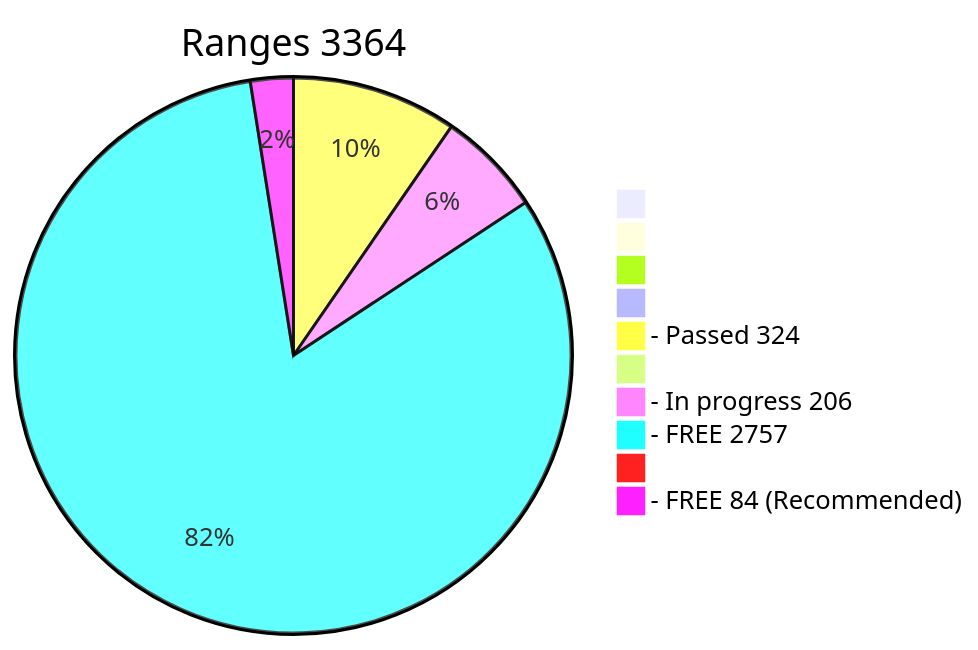
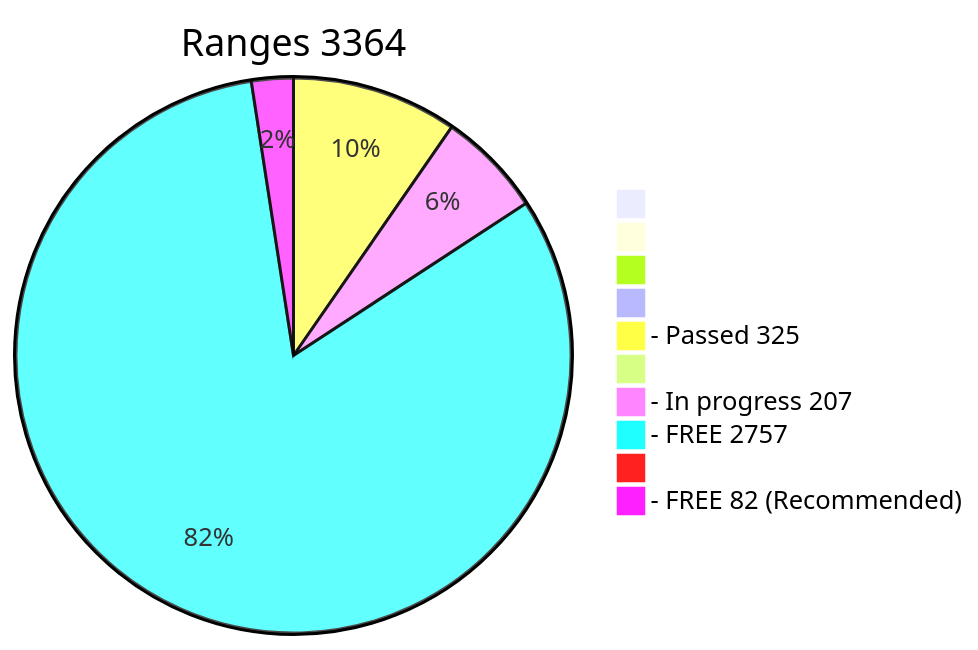
One commit to phrutis/wif500 changed the diagram in x64/Release/table.md. Above: the diagram before and after it, drawn with Mermaid. The commit also changed other lines of this file, not shown here.

````diff
--- a/x64/Release/table.md
+++ b/x64/Release/table.md
@@ -2,13 +2,13 @@
 ```mermaid
 pie title Ranges 3364
   " " : 0
   "  " : 0
   "   " : 0
   "    " : 0
-  "- Passed 324" : 324
+  "- Passed 325" : 325
   "     " : 0
-  "- In progress 206" : 206
+  "- In progress 207" : 207
   "- FREE 2757" : 2757
   "      " : 0
-  "- FREE 84 (Recommended)" : 84
+  "- FREE 82 (Recommended)" : 82
 ```
````
